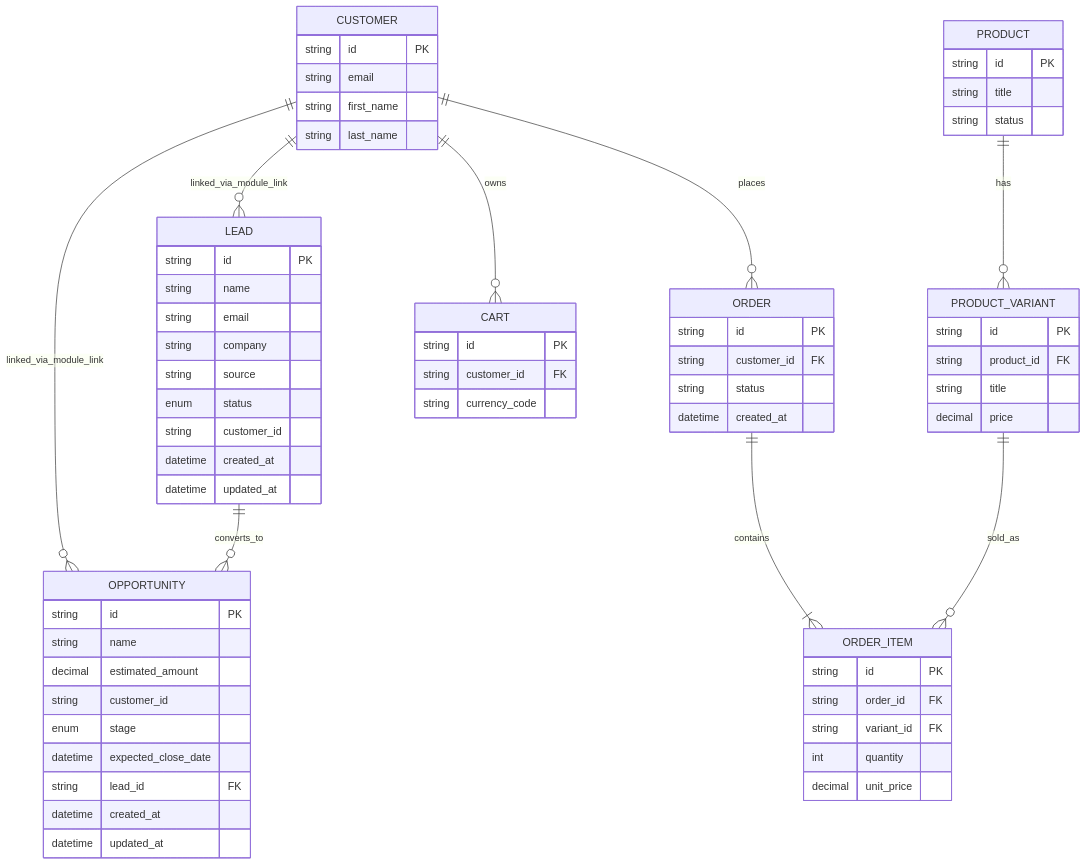
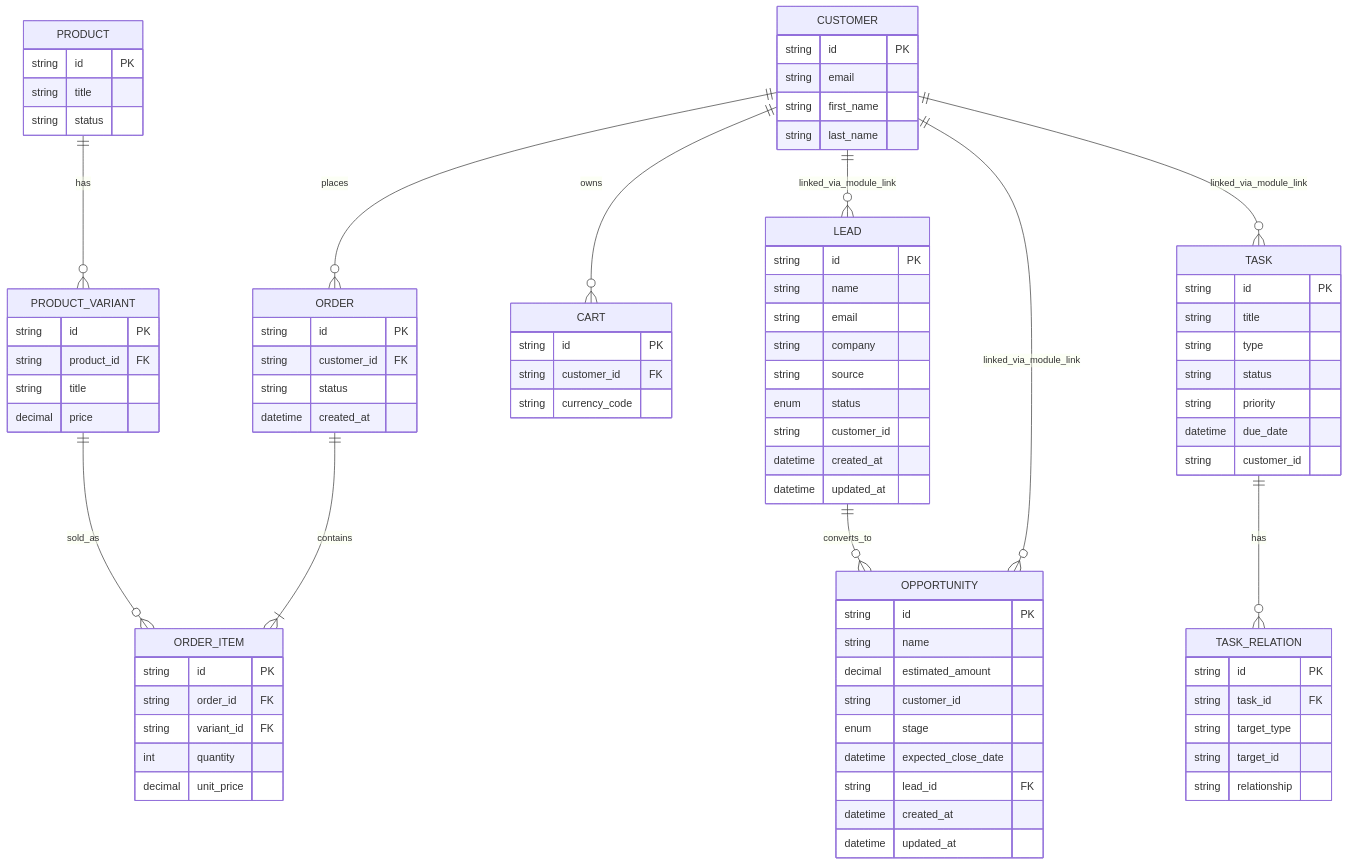
The diagram in docs/SYSTEM_MANUAL_CN.md (guanrg/artstore), drawn with Mermaid before and after one commit. The commit also changed other lines of this file and 16 other files, not shown here.

````diff
--- a/docs/SYSTEM_MANUAL_CN.md
+++ b/docs/SYSTEM_MANUAL_CN.md
@@ -227,10 +444,12 @@
     LEAD ||--o{ OPPORTUNITY : converts_to
     CUSTOMER ||--o{ LEAD : linked_via_module_link
     CUSTOMER ||--o{ OPPORTUNITY : linked_via_module_link
+    CUSTOMER ||--o{ TASK : linked_via_module_link
 
     PRODUCT ||--o{ PRODUCT_VARIANT : has
     ORDER ||--|{ ORDER_ITEM : contains
     PRODUCT_VARIANT ||--o{ ORDER_ITEM : sold_as
+    TASK ||--o{ TASK_RELATION : has
 
     LEAD {
       string id PK
@@ -296,4 +515,22 @@
       string customer_id FK
       string currency_code
     }
+
+    TASK {
+      string id PK
+      string title
+      string type
+      string status
+      string priority
+      datetime due_date
+      string customer_id
+    }
+
+    TASK_RELATION {
+      string id PK
+      string task_id FK
+      string target_type
+      string target_id
+      string relationship
+    }
 ```
````
